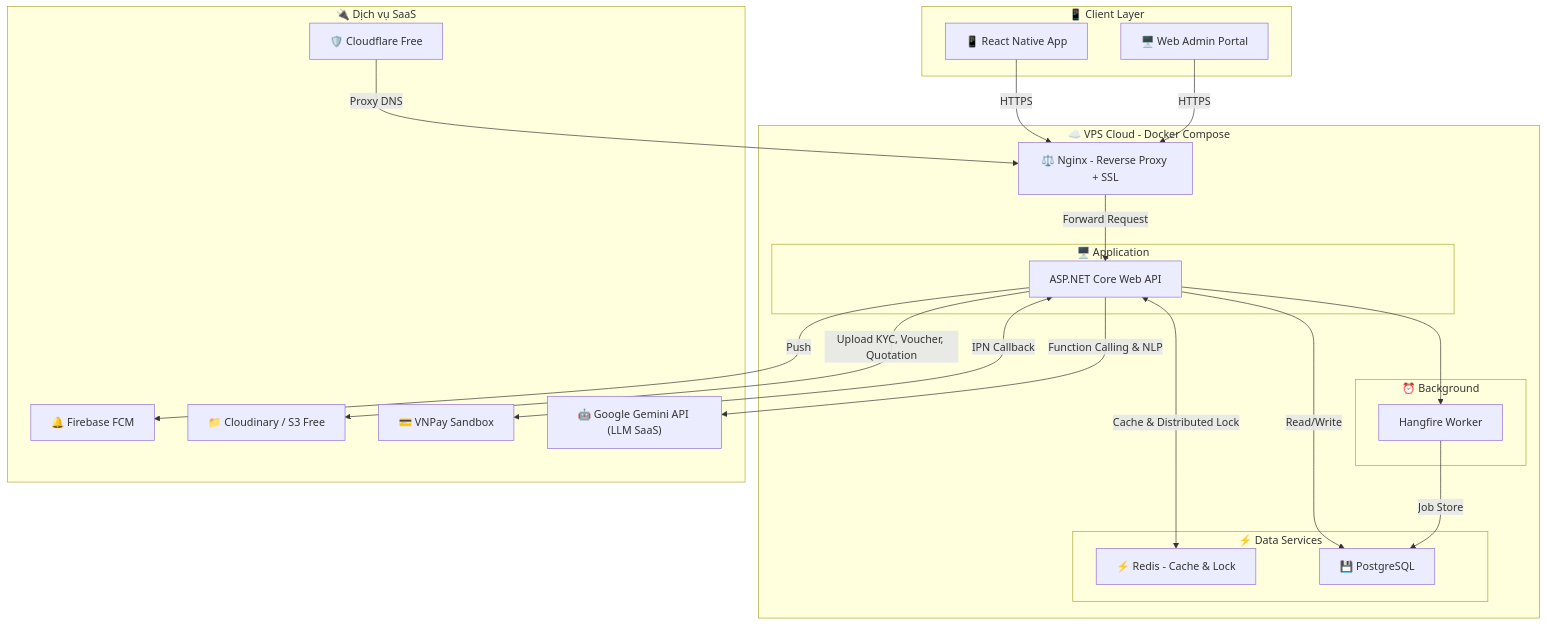
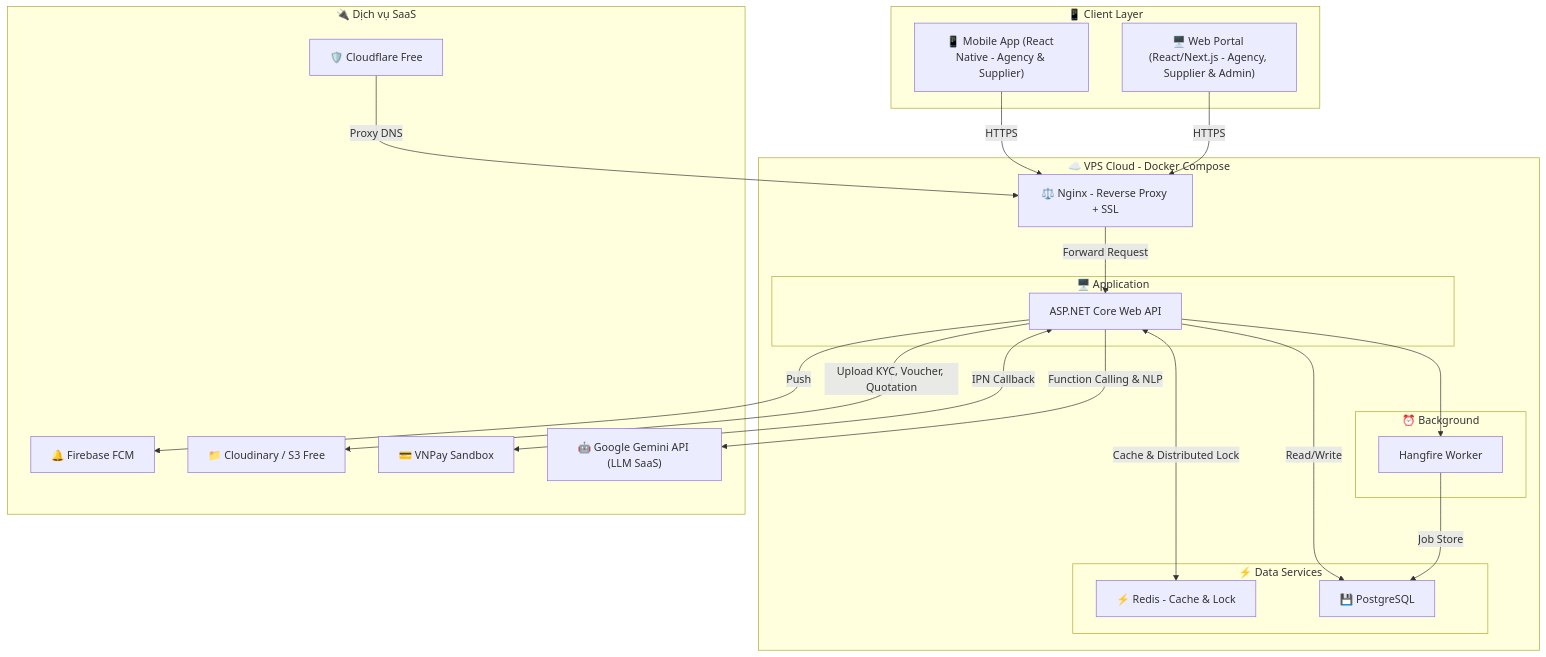
The diagram in docs/Kiến trúc phần cứng/phase1_mvp_deployment.md (thanh-16/B2B_Tour), drawn with Mermaid before and after one commit. The commit also changed other lines of this file and 9 other files, not shown here.

````diff
--- a/docs/Kiến trúc phần cứng/phase1_mvp_deployment.md
+++ b/docs/Kiến trúc phần cứng/phase1_mvp_deployment.md
@@ -20,54 +20,54 @@
 ```mermaid
 graph TD
     %% ────────────────────────────────────────
     %% TẦNG CLIENT
     %% ────────────────────────────────────────
     subgraph Clients["📱 Client Layer"]
-        App["📱 React Native App"]
-        Web["🖥️ Web Admin Portal"]
+        App["📱 Mobile App (React Native - Agency & Supplier)"]
+        Web["🖥️ Web Portal (React/Next.js - Agency, Supplier & Admin)"]
     end
 
     %% ────────────────────────────────────────
     %% VPS DUY NHẤT (Docker Compose)
     %% ────────────────────────────────────────
     App -->|HTTPS| NGINX
     Web -->|HTTPS| NGINX
 
     subgraph VPS["☁️ VPS Cloud - Docker Compose"]
         NGINX["⚖️ Nginx - Reverse Proxy + SSL"]
         
         subgraph AppContainer["🖥️ Application"]
             API["ASP.NET Core Web API"]
         end
         NGINX -->|Forward Request| API
 
         subgraph DataServices["⚡ Data Services"]
             REDIS["⚡ Redis - Cache & Lock"]
             PG["💾 PostgreSQL"]
         end
         API <-->|Cache & Distributed Lock| REDIS
         API -->|Read/Write| PG
 
         subgraph Worker["⏰ Background"]
             HF["Hangfire Worker"]
         end
         API --> HF
         HF -->|Job Store| PG
     end
 
     %% ────────────────────────────────────────
     %% DỊCH VỤ BÊN NGOÀI (SaaS MIỄN PHÍ)
     %% ────────────────────────────────────────
     subgraph FreeSaaS["🔌 Dịch vụ SaaS"]
         CF["🛡️ Cloudflare Free"]
         FCM["🔔 Firebase FCM"]
         S3["📁 Cloudinary / S3 Free"]
         VNPAY["💳 VNPay Sandbox"]
         GEMINI["🤖 Google Gemini API (LLM SaaS)"]
     end
     CF -->|Proxy DNS| NGINX
     API -->|Push| FCM
     API -->|Upload KYC, Voucher, Quotation| S3
     API <-->|IPN Callback| VNPAY
     API -->|Function Calling & NLP| GEMINI
 ```
````
